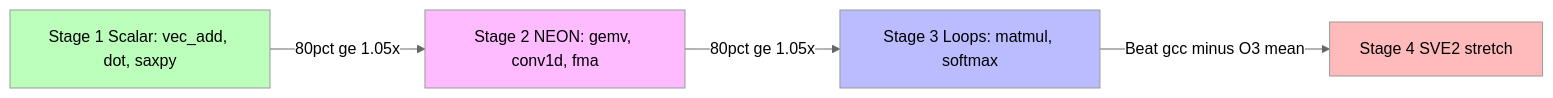
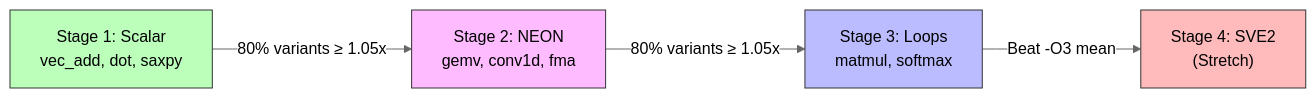
Before and after one commit to ka-ori/arm-gym: the second of 2 diagrams in blog.md, drawn with Mermaid (neutral theme). The commit also changed other lines of this file and 1 other file, not shown here.

First line of the commit message:
docs: restore flowchart LR layout with br breaks and full Mermaid styles

````diff
--- a/blog.md
+++ b/blog.md
@@ -169,10 +174,12 @@
 ```mermaid
-graph LR
-    S1["Stage 1 Scalar: vec_add, dot, saxpy"] -->|80pct ge 1.05x| S2["Stage 2 NEON: gemv, conv1d, fma"]
-    S2 -->|80pct ge 1.05x| S3["Stage 3 Loops: matmul, softmax"]
-    S3 -->|Beat gcc minus O3 mean| S4["Stage 4 SVE2 stretch"]
-    style S1 fill:#bbffbb
-    style S2 fill:#ffbbff
-    style S3 fill:#bbbbff
-    style S4 fill:#ffbbbb
+flowchart LR
+    S1["Stage 1: Scalar<br/>vec_add, dot, saxpy"]
+        -->|"80% variants ≥ 1.05x"| S2["Stage 2: NEON<br/>gemv, conv1d, fma"]
+    S2 -->|"80% variants ≥ 1.05x"| S3["Stage 3: Loops<br/>matmul, softmax"]
+    S3 -->|"Beat -O3 mean"| S4["Stage 4: SVE2<br/>(Stretch)"]
+
+    style S1 fill:#bfb,stroke:#333,color:#000
+    style S2 fill:#fbf,stroke:#333,color:#000
+    style S3 fill:#bbf,stroke:#333,color:#000
+    style S4 fill:#fbb,stroke:#333,color:#000
 ```
````
